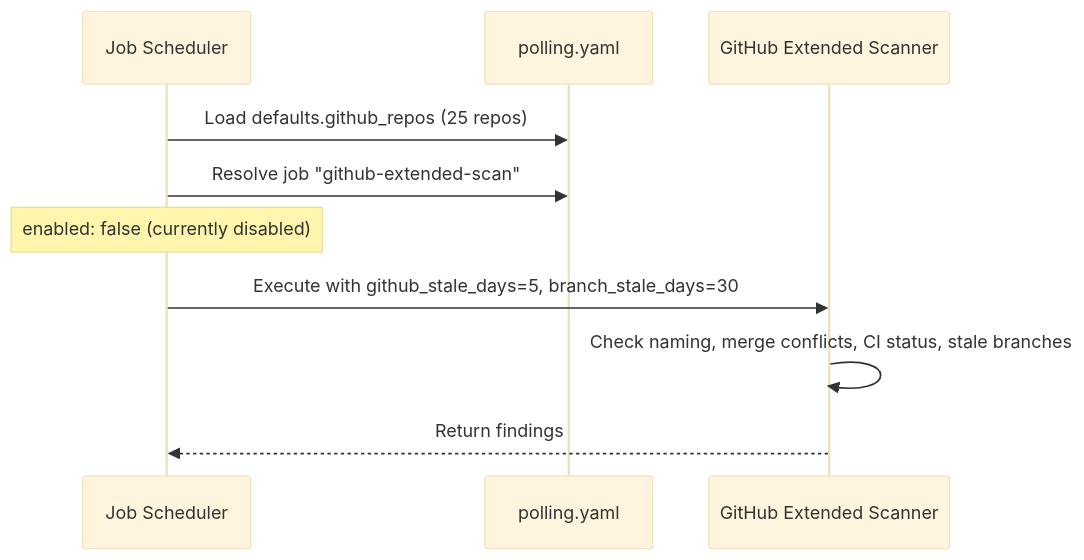
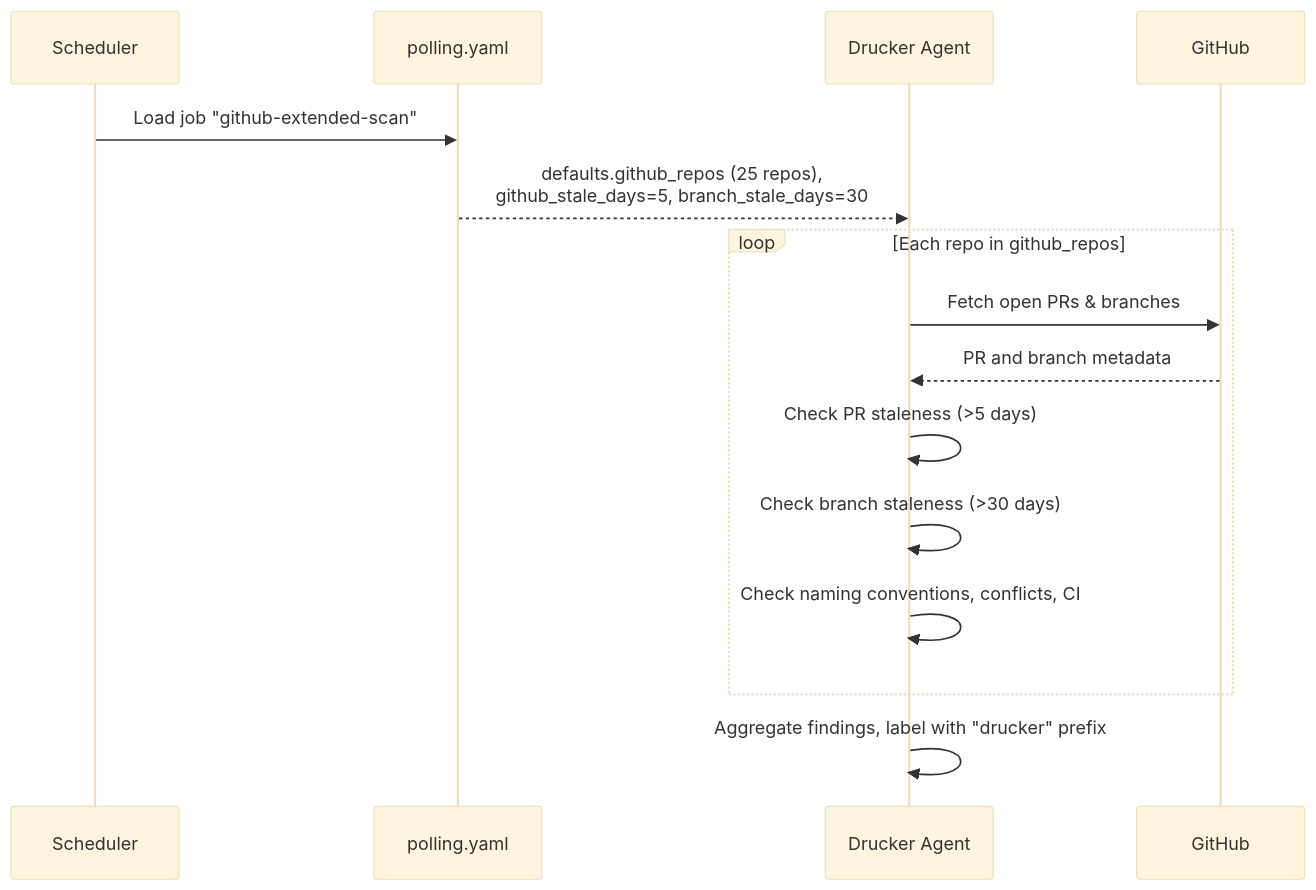
One commit to jmac-cornelis/agent-workforce changed the third of 4 diagrams in docs/agents-drucker-config.md. Above: the diagram before and after it, drawn with Mermaid (base theme). The commit also changed other lines of this file and 7 other files, not shown here.

````diff
--- a/docs/agents-drucker-config.md
+++ b/docs/agents-drucker-config.md
@@ -90,13 +102,18 @@
 ```mermaid
 sequenceDiagram
-    participant S as Job Scheduler
-    participant P as polling.yaml
-    participant GE as GitHub Extended Scanner
+    participant Scheduler
+    participant Polling as polling.yaml
+    participant Drucker as Drucker Agent
+    participant GitHub
 
-    S->>P: Load defaults.github_repos (25 repos)
-    S->>P: Resolve job "github-extended-scan"
-    Note over S: enabled: false (currently disabled)
-    S->>GE: Execute with github_stale_days=5, branch_stale_days=30
-    GE->>GE: Check naming, merge conflicts, CI status, stale branches
-    GE-->>S: Return findings
+    Scheduler->>Polling: Load job "github-extended-scan"
+    Polling-->>Drucker: defaults.github_repos (25 repos),<br/>github_stale_days=5, branch_stale_days=30
+    loop Each repo in github_repos
+        Drucker->>GitHub: Fetch open PRs & branches
+        GitHub-->>Drucker: PR and branch metadata
+        Drucker->>Drucker: Check PR staleness (>5 days)
+        Drucker->>Drucker: Check branch staleness (>30 days)
+        Drucker->>Drucker: Check naming conventions, conflicts, CI
+    end
+    Drucker->>Drucker: Aggregate findings, label with "drucker" prefix
 ```
````
